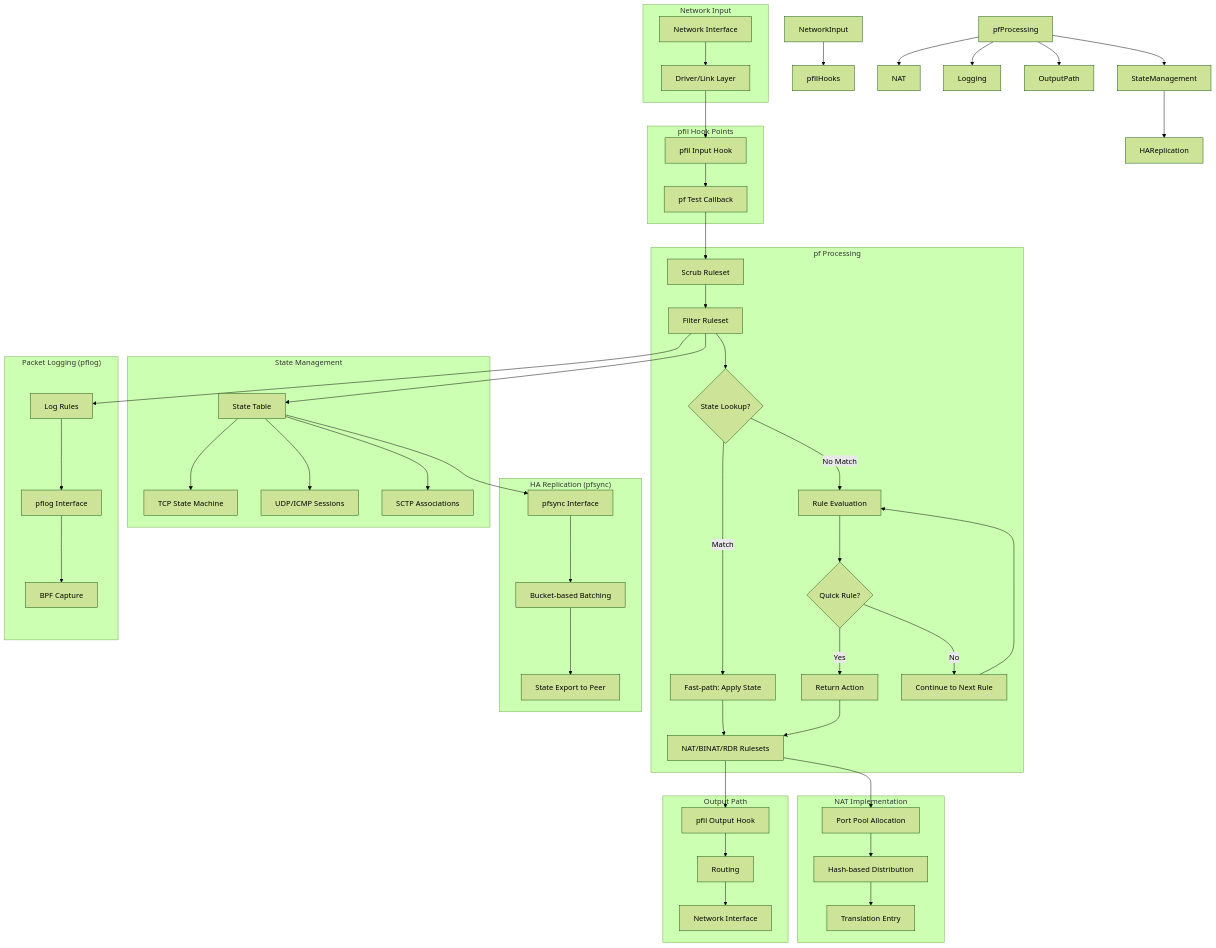
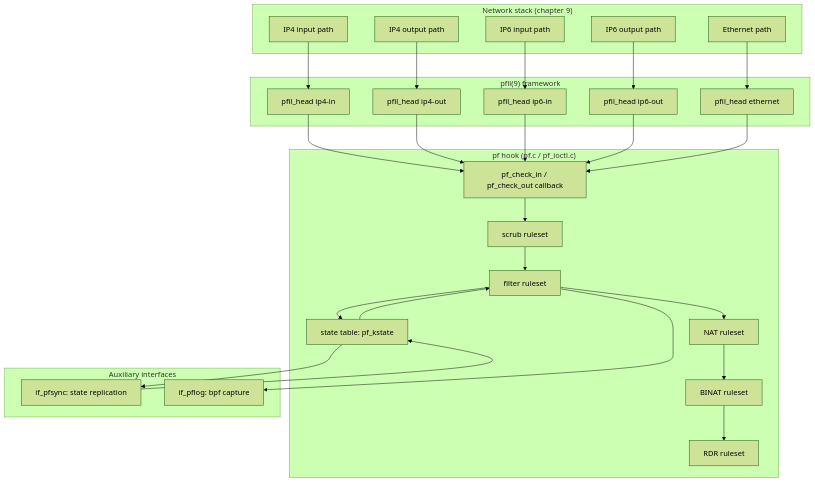
One commit to ocochard/freebsd-src changed the diagram in sys/netpfil/pf/README.md. Above: the diagram before and after it, drawn with Mermaid (forest theme). The commit also changed other lines of this file and 40 other files, not shown here.

````diff
--- a/sys/netpfil/pf/README.md
+++ b/sys/netpfil/pf/README.md
@@ -355,63 +314,50 @@
 ```mermaid
 flowchart TD
-    subgraph NetworkInput_grp ["Network Input"]
-        A[Network Interface] --> B[Driver/Link Layer]
-    end
-
-    subgraph pfilHooks_grp ["pfil Hook Points"]
-        B --> C[pfil Input Hook]
-        C --> D[pf Test Callback]
-    end
-
-    subgraph pfProcessing_grp ["pf Processing"]
-        D --> E[Scrub Ruleset]
-        E --> F[Filter Ruleset]
-        F --> G{State Lookup?}
-        G -->|Match| H[Fast-path: Apply State]
-        G -->|No Match| I[Rule Evaluation]
-        I --> J{Quick Rule?}
-        J -->|Yes| K[Return Action]
-        J -->|No| L[Continue to Next Rule]
-        L --> I
-        H --> M[NAT/BINAT/RDR Rulesets]
-        K --> M
-    end
-
-    subgraph StateManagement_grp ["State Management"]
-        F --> N[State Table]
-        N --> O[TCP State Machine]
-        N --> P[UDP/ICMP Sessions]
-        N --> Q[SCTP Associations]
-    end
-
-    subgraph NAT_grp ["NAT Implementation"]
-        M --> R[Port Pool Allocation]
-        R --> S[Hash-based Distribution]
-        S --> T[Translation Entry]
-    end
-
-    subgraph HAReplication_grp ["HA Replication (pfsync)"]
-        N --> U[pfsync Interface]
-        U --> V[Bucket-based Batching]
-        V --> W[State Export to Peer]
-    end
-
-    subgraph Logging_grp ["Packet Logging (pflog)"]
-        F --> X[Log Rules]
-        X --> Y[pflog Interface]
-        Y --> Z[BPF Capture]
-    end
-
-    subgraph OutputPath_grp ["Output Path"]
-        M --> AA[pfil Output Hook]
-        AA --> AB[Routing]
-        AB --> AC[Network Interface]
-    end
-
-    NetworkInput --> pfilHooks
-    pfProcessing --> StateManagement
-    pfProcessing --> NAT
-    StateManagement --> HAReplication
-    pfProcessing --> Logging
-    pfProcessing --> OutputPath
+  subgraph NetGroup ["Network stack (chapter 9)"]
+    IP4IN[IP4 input path]
+    IP4OUT[IP4 output path]
+    IP6IN[IP6 input path]
+    IP6OUT[IP6 output path]
+    ETHIN[Ethernet path]
+  end
+  subgraph PfilGroup ["pfil(9) framework"]
+    H1[pfil_head ip4-in]
+    H2[pfil_head ip4-out]
+    H3[pfil_head ip6-in]
+    H4[pfil_head ip6-out]
+    H5[pfil_head ethernet]
+  end
+  IP4IN --> H1
+  IP4OUT --> H2
+  IP6IN --> H3
+  IP6OUT --> H4
+  ETHIN --> H5
+  subgraph PfGroup ["pf hook (pf.c / pf_ioctl.c)"]
+    CB[pf_check_in / pf_check_out callback]
+    SCRUB[scrub ruleset]
+    FILTER[filter ruleset]
+    NAT[NAT ruleset]
+    BINAT[BINAT ruleset]
+    RDR[RDR ruleset]
+    STATE[state table: pf_kstate]
+  end
+  H1 --> CB
+  H2 --> CB
+  H3 --> CB
+  H4 --> CB
+  H5 --> CB
+  CB --> SCRUB
+  SCRUB --> FILTER
+  FILTER --> NAT
+  NAT --> BINAT
+  BINAT --> RDR
+  FILTER --> STATE
+  STATE --> FILTER
+  subgraph AuxGroup ["Auxiliary interfaces"]
+    PFSYNC[if_pfsync: state replication]
+    PFLOG[if_pflog: bpf capture]
+  end
+  STATE --> PFSYNC
+  PFSYNC --> STATE
+  FILTER --> PFLOG
 ```
````
